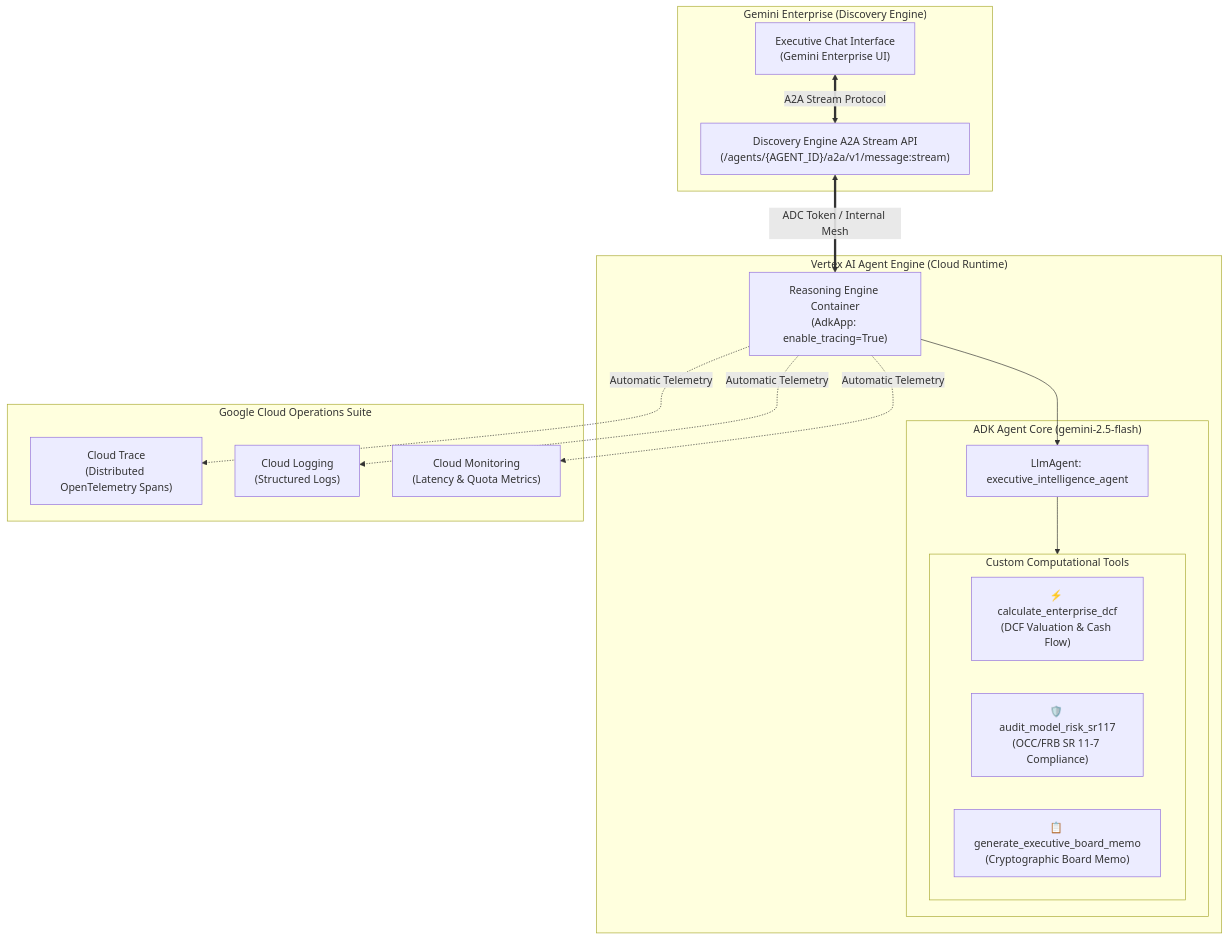
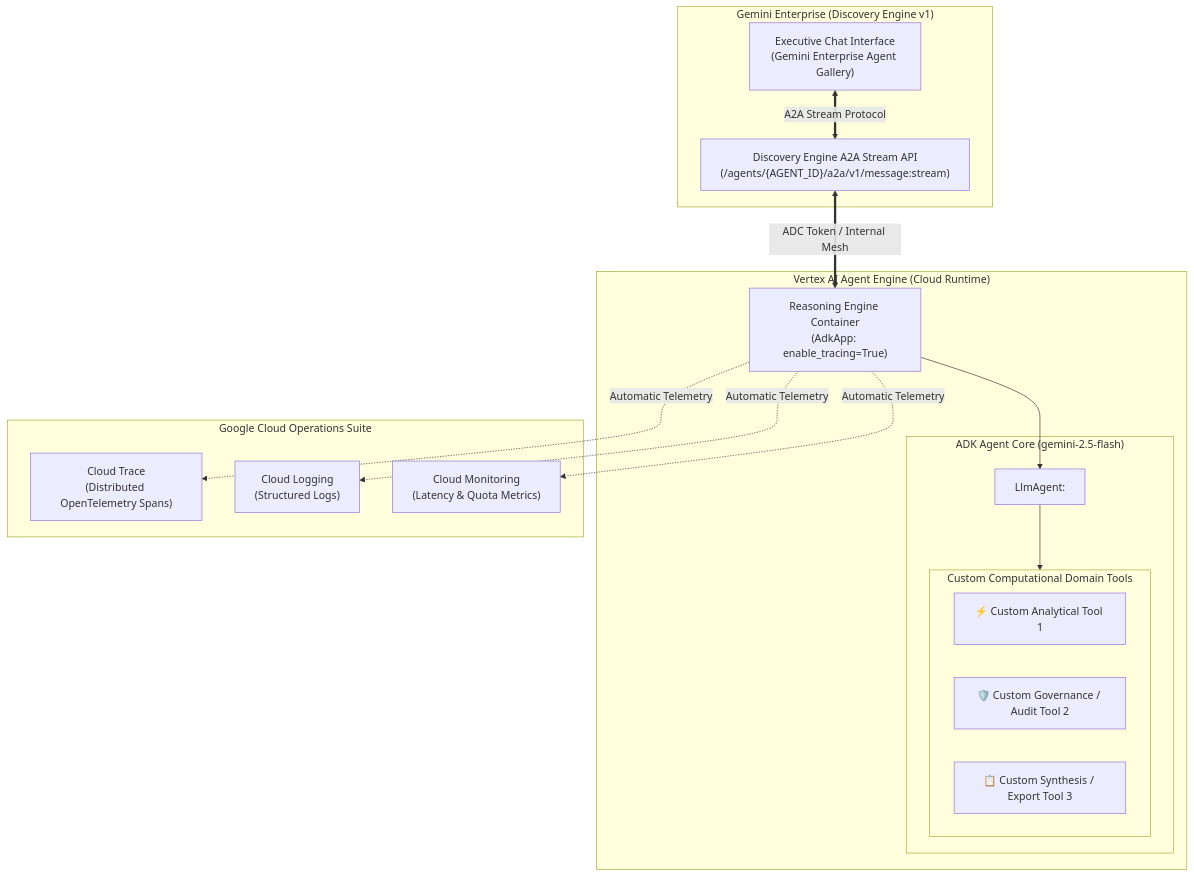
One commit to jchavezar/vertex-ai-samples changed the first of 2 diagrams in semiautonomous-agents/adk-gemini-enterprise-e2e/README.md. Above: the diagram before and after it, drawn with Mermaid. The commit also changed other lines of this file and 43 other files, not shown here.

````diff
--- a/semiautonomous-agents/adk-gemini-enterprise-e2e/README.md
+++ b/semiautonomous-agents/adk-gemini-enterprise-e2e/README.md
@@ -29,35 +29,35 @@
 ```mermaid
 flowchart TD
-    subgraph GEMINI_ENTERPRISE ["Gemini Enterprise (Discovery Engine)"]
-        UserUI["Executive Chat Interface\n(Gemini Enterprise UI)"]
+    subgraph GEMINI_ENTERPRISE ["Gemini Enterprise (Discovery Engine v1)"]
+        UserUI["Executive Chat Interface\n(Gemini Enterprise Agent Gallery)"]
         A2AAPI["Discovery Engine A2A Stream API\n(/agents/{AGENT_ID}/a2a/v1/message:stream)"]
     end
 
     subgraph AGENT_ENGINE_RUNTIME ["Vertex AI Agent Engine (Cloud Runtime)"]
         AE["Reasoning Engine Container\n(AdkApp: enable_tracing=True)"]
         
         subgraph ADK_CORE ["ADK Agent Core (gemini-2.5-flash)"]
-            RootAgent["LlmAgent: executive_intelligence_agent"]
+            RootAgent["LlmAgent: <any_custom_domain_agent>"]
             
-            subgraph TOOLS ["Custom Computational Tools"]
-                T1["⚡ calculate_enterprise_dcf\n(DCF Valuation & Cash Flow)"]
-                T2["🛡️ audit_model_risk_sr117\n(OCC/FRB SR 11-7 Compliance)"]
-                T3["📋 generate_executive_board_memo\n(Cryptographic Board Memo)"]
+            subgraph TOOLS ["Custom Computational Domain Tools"]
+                T1["⚡ Custom Analytical Tool 1"]
+                T2["🛡️ Custom Governance / Audit Tool 2"]
+                T3["📋 Custom Synthesis / Export Tool 3"]
             end
         end
     end
 
     subgraph OBSERVABILITY ["Google Cloud Operations Suite"]
         Trace["Cloud Trace\n(Distributed OpenTelemetry Spans)"]
         Logging["Cloud Logging\n(Structured Logs)"]
         Monitoring["Cloud Monitoring\n(Latency & Quota Metrics)"]
     end
 
     UserUI <== "A2A Stream Protocol" ==> A2AAPI
     A2AAPI <== "ADC Token / Internal Mesh" ==> AE
     AE --> RootAgent
     RootAgent --> TOOLS
     AE -.->|Automatic Telemetry| Trace
     AE -.->|Automatic Telemetry| Logging
     AE -.->|Automatic Telemetry| Monitoring
 ```
````
